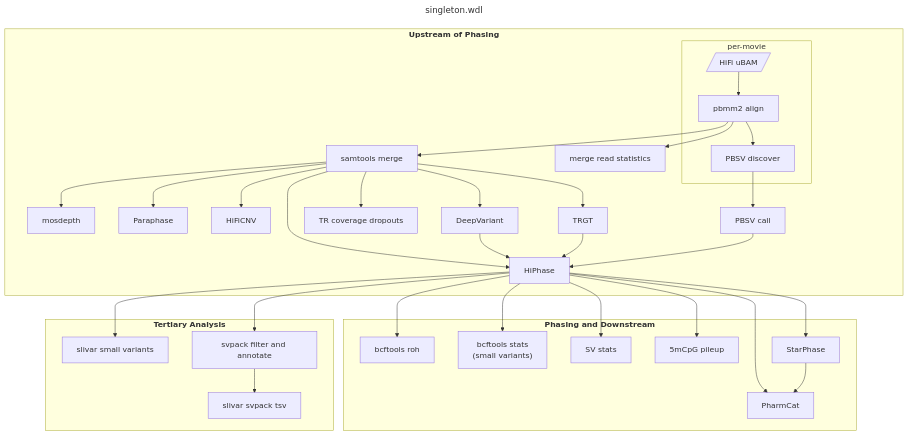
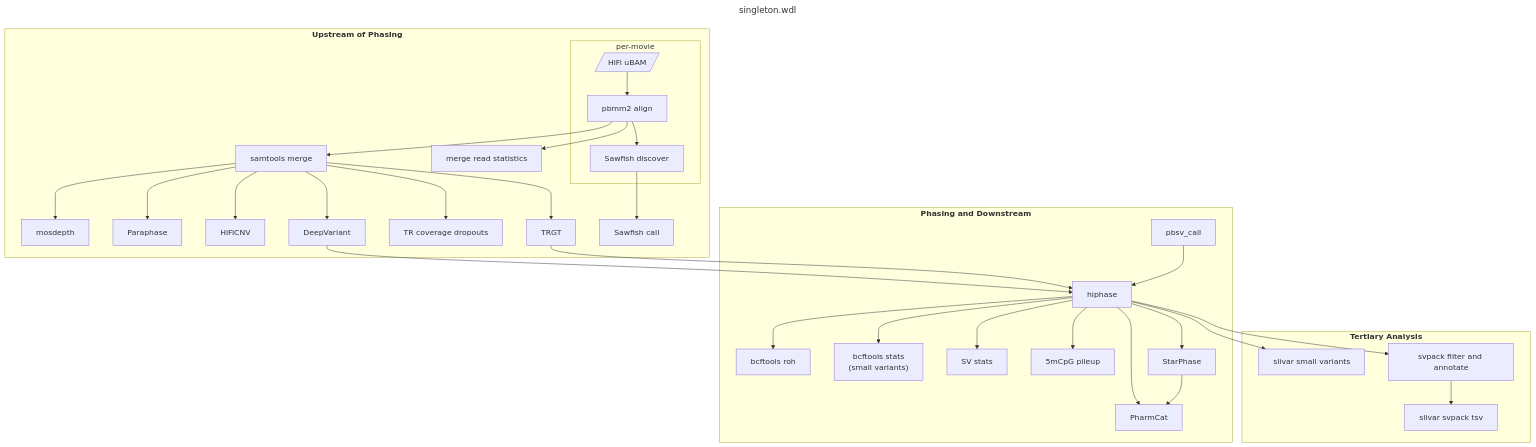
Before and after one commit to PacificBiosciences/HiFi-human-WGS-WDL: the diagram in docs/singleton.md, drawn with Mermaid. The commit also changed other lines of this file and 2 other files, not shown here.

Commit message:
Update docs to replace pbsv with Sawfish.

````diff
--- a/docs/singleton.md
+++ b/docs/singleton.md
@@ -20,39 +20,38 @@
 ```mermaid
 ---
 title: singleton.wdl
 ---
 flowchart TD
   subgraph "`**Upstream of Phasing**`"
     subgraph "per-movie"
       ubam[/"HiFi uBAM"/] --> pbmm2_align["pbmm2 align"]
-      pbmm2_align --> pbsv_discover["PBSV discover"]
+      pbmm2_align --> sawfish_discover["Sawfish discover"]
     end
     pbmm2_align --> merge_read_stats["merge read statistics"]
     pbmm2_align --> samtools_merge["samtools merge"]
     samtools_merge --> mosdepth["mosdepth"]
     samtools_merge --> paraphase["Paraphase"]
     samtools_merge --> hificnv["HiFiCNV"]
     samtools_merge --> trgt["TRGT"]
     samtools_merge --> trgt_dropouts["TR coverage dropouts"]
     samtools_merge --> deepvariant["DeepVariant"]
-    samtools_merge --> hiphase["HiPhase"]
-    pbsv_discover --> pbsv_call["PBSV call"]
+    sawfish_discover --> sawfish_call["Sawfish call"]
   end
   subgraph "`**Phasing and Downstream**`"
     deepvariant --> hiphase
     trgt --> hiphase
     pbsv_call --> hiphase
     hiphase --> bcftools_roh["bcftools roh"]
     hiphase --> bcftools_stats["bcftools stats\n(small variants)"]
     hiphase --> sv_stats["SV stats"]
     hiphase --> cpg_pileup["5mCpG pileup"]
     hiphase --> starphase["StarPhase"]
     hiphase --> pharmcat["PharmCat"]
     starphase --> pharmcat
   end
   subgraph "`**Tertiary Analysis**`"
     hiphase --> slivar_small_variants["slivar small variants"]
     hiphase --> svpack["svpack filter and annotate"]
     svpack --> slivar_svpack["slivar svpack tsv"]
   end
 ```
````
